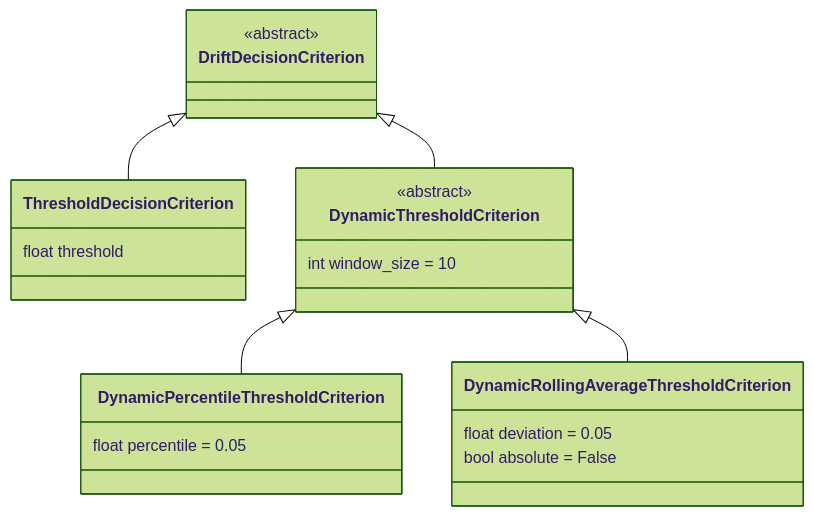
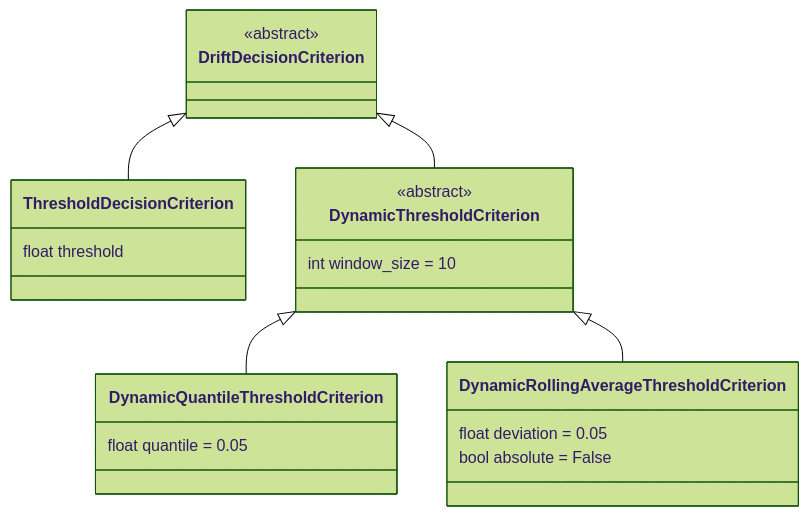
Before and after one commit to eth-easl/modyn: the fourth of 5 diagrams in docs/pipeline/triggers/DRIFT_TRIGGER.md, drawn with Mermaid (forest theme). The commit also changed other lines of this file and 10 other files, not shown here.

````diff
--- a/docs/pipeline/triggers/DRIFT_TRIGGER.md
+++ b/docs/pipeline/triggers/DRIFT_TRIGGER.md
@@ -185,30 +185,30 @@
 ```mermaid
 classDiagram
     class DriftDecisionCriterion {
         <<abstract>>
     }
 
     class ThresholdDecisionCriterion {
         float threshold
     }
 
     class DynamicThresholdCriterion {
         <<abstract>>
         int window_size = 10
     }
 
-    class DynamicPercentileThresholdCriterion {
-        float percentile = 0.05
+    class DynamicQuantileThresholdCriterion {
+        float quantile = 0.05
     }
 
     class DynamicRollingAverageThresholdCriterion {
         float deviation = 0.05
         bool absolute = False
     }
 
     DriftDecisionCriterion <|-- ThresholdDecisionCriterion
     DriftDecisionCriterion <|-- DynamicThresholdCriterion
 
-    DynamicThresholdCriterion <|-- DynamicPercentileThresholdCriterion
+    DynamicThresholdCriterion <|-- DynamicQuantileThresholdCriterion
     DynamicThresholdCriterion <|-- DynamicRollingAverageThresholdCriterion
 ```
````
